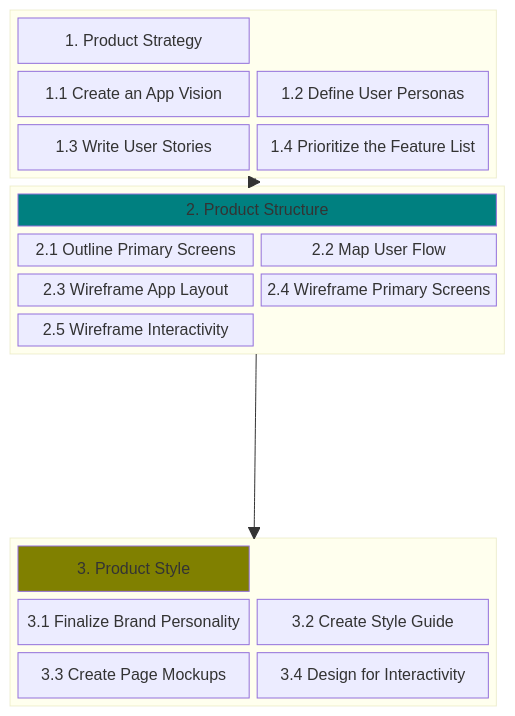
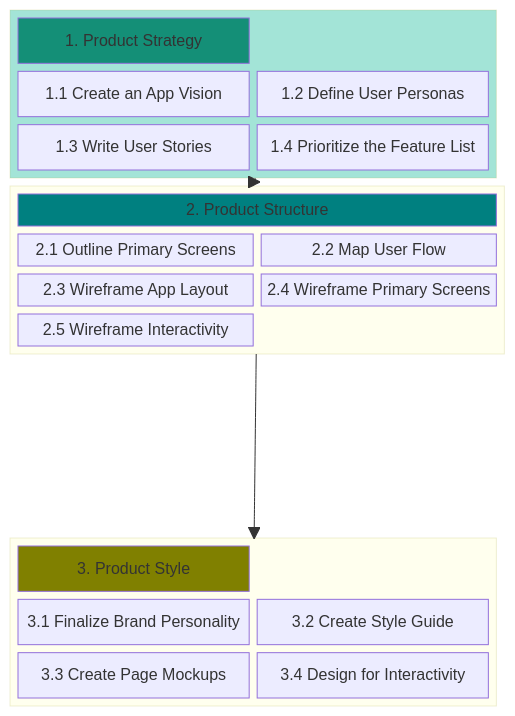
The diagram in docs/resources/techresources/uiux.md (chingu-voyages/Handbook), drawn with Mermaid before and after one commit.

Commit message:
Feature: Add UI/UX workflow process template

````diff
--- a/docs/resources/techresources/uiux.md
+++ b/docs/resources/techresources/uiux.md
@@ -15,36 +15,36 @@
 ```mermaid
 block-beta
 columns 1
   block:STRATEGY
     columns 2
     A["1. Product Strategy"]:2
     B["1.1 Create an App Vision"]
     C["1.2 Define User Personas"]
     D["1.3 Write User Stories"]
     E["1.4 Prioritize the Feature List"]
   end
   block:STRUCTURE
     columns 2
     G["2. Product Structure"]:2
     H["2.1 Outline Primary Screens"]
     I["2.2 Map User Flow"]
     J["2.3 Wireframe App Layout"]
     K["2.4 Wireframe Primary Screens"]
     L["2.5 Wireframe Interactivity"]
   end
   STRATEGY --> STRUCTURE
   space
   block:STYLE
     columns 2
     M["3. Product Style"]:2
     N["3.1 Finalize Brand Personality"]
     O["3.2 Create Style Guide"]
     P["3.3 Create Page Mockups"]
     Q["3.4 Design for Interactivity"]
   end
   STRUCTURE --> STYLE
-  style A fill:##148f77
+  style A fill:#148f77
   style G fill:#008080
   style M fill:#808000
-  style STRATEGY fill:##a3e4d7
+  style STRATEGY fill:#a3e4d7
 ```
````
